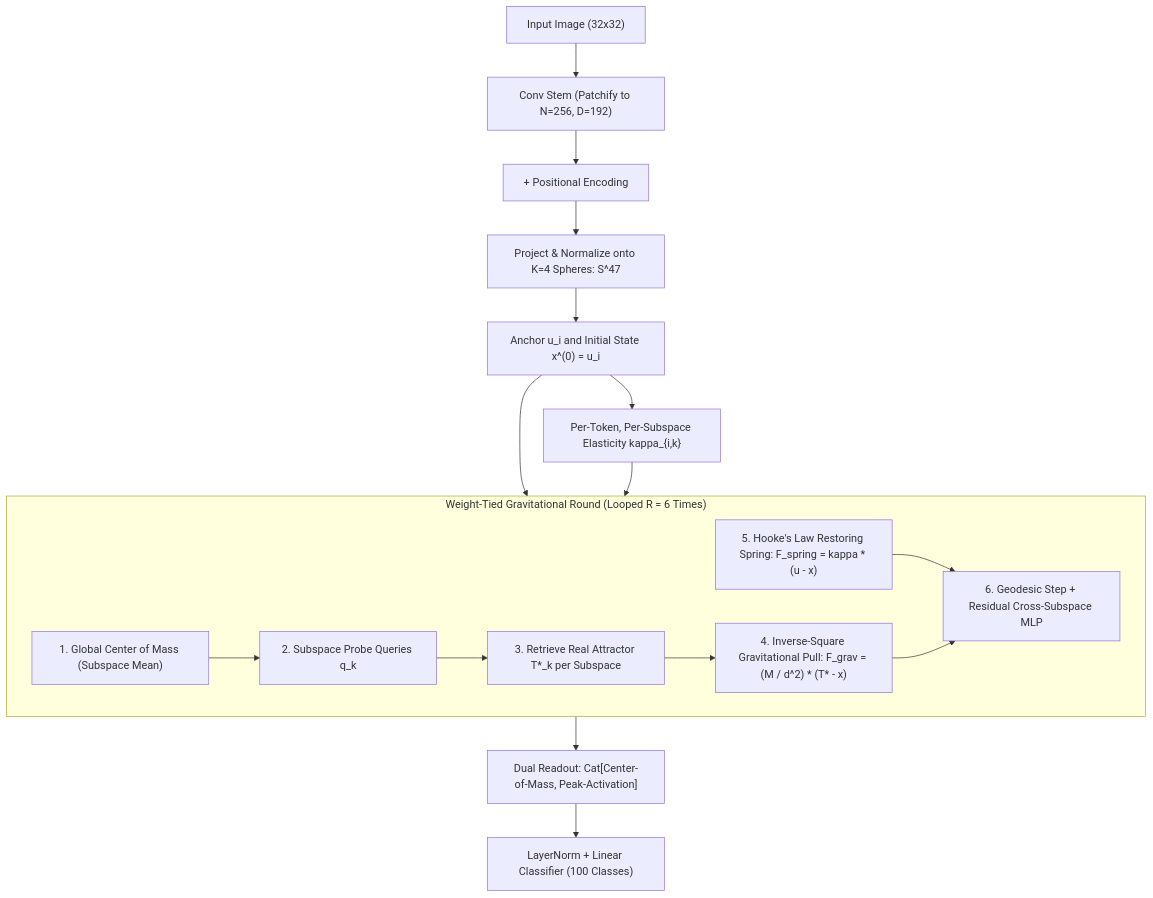
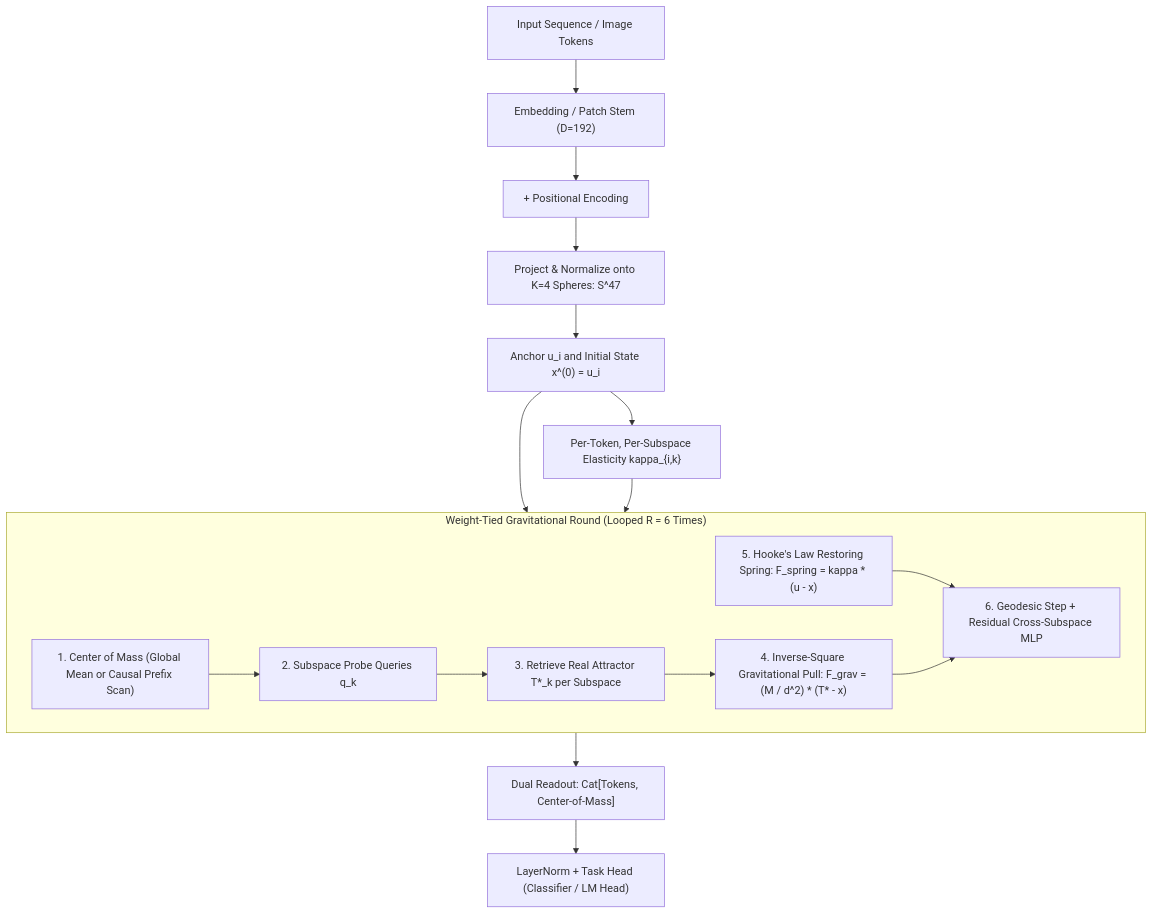
Before and after one commit to becabytess/Gravitational-Attention-research-: the diagram in README.md, drawn with Mermaid. The commit also changed other lines of this file and 2 other files, not shown here.

Commit message:
Add strictly O(T) linear causal language model experiment, mathematical derivation, and Shakespeare analysis

````diff
--- a/README.md
+++ b/README.md
@@ -80,26 +80,26 @@
 ```mermaid
 flowchart TD
-    Img["Input Image (32x32)"] --> Stem["Conv Stem (Patchify to N=256, D=192)"]
+    In["Input Sequence / Image Tokens"] --> Stem["Embedding / Patch Stem (D=192)"]
     Stem --> Pos["+ Positional Encoding"]
     Pos --> Init["Project & Normalize onto K=4 Spheres: S^47"]
     Init --> U["Anchor u_i and Initial State x^(0) = u_i"]
     U --> Kappa["Per-Token, Per-Subspace Elasticity kappa_{i,k}"]
     
     subgraph RecurrentLoop ["Weight-Tied Gravitational Round (Looped R = 6 Times)"]
-        CoM["1. Global Center of Mass (Subspace Mean)"]
+        CoM["1. Center of Mass (Global Mean or Causal Prefix Scan)"]
         Query["2. Subspace Probe Queries q_k"]
         Attract["3. Retrieve Real Attractor T*_k per Subspace"]
         Gravity["4. Inverse-Square Gravitational Pull: F_grav = (M / d^2) * (T* - x)"]
         Spring["5. Hooke's Law Restoring Spring: F_spring = kappa * (u - x)"]
         Step["6. Geodesic Step + Residual Cross-Subspace MLP"]
         
         CoM --> Query --> Attract --> Gravity
         Spring --> Step
         Gravity --> Step
     end
     
     U --> RecurrentLoop
     Kappa --> RecurrentLoop
-    RecurrentLoop --> Readout["Dual Readout: Cat[Center-of-Mass, Peak-Activation]"]
-    Readout --> Head["LayerNorm + Linear Classifier (100 Classes)"]
+    RecurrentLoop --> Readout["Dual Readout: Cat[Tokens, Center-of-Mass]"]
+    Readout --> Head["LayerNorm + Task Head (Classifier / LM Head)"]
 ```
````
